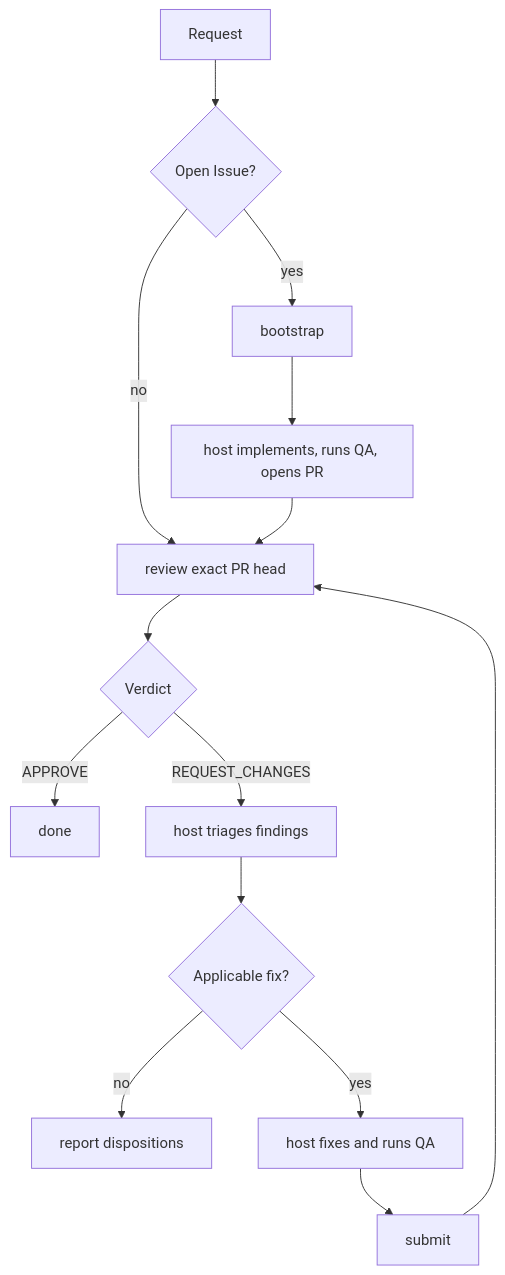
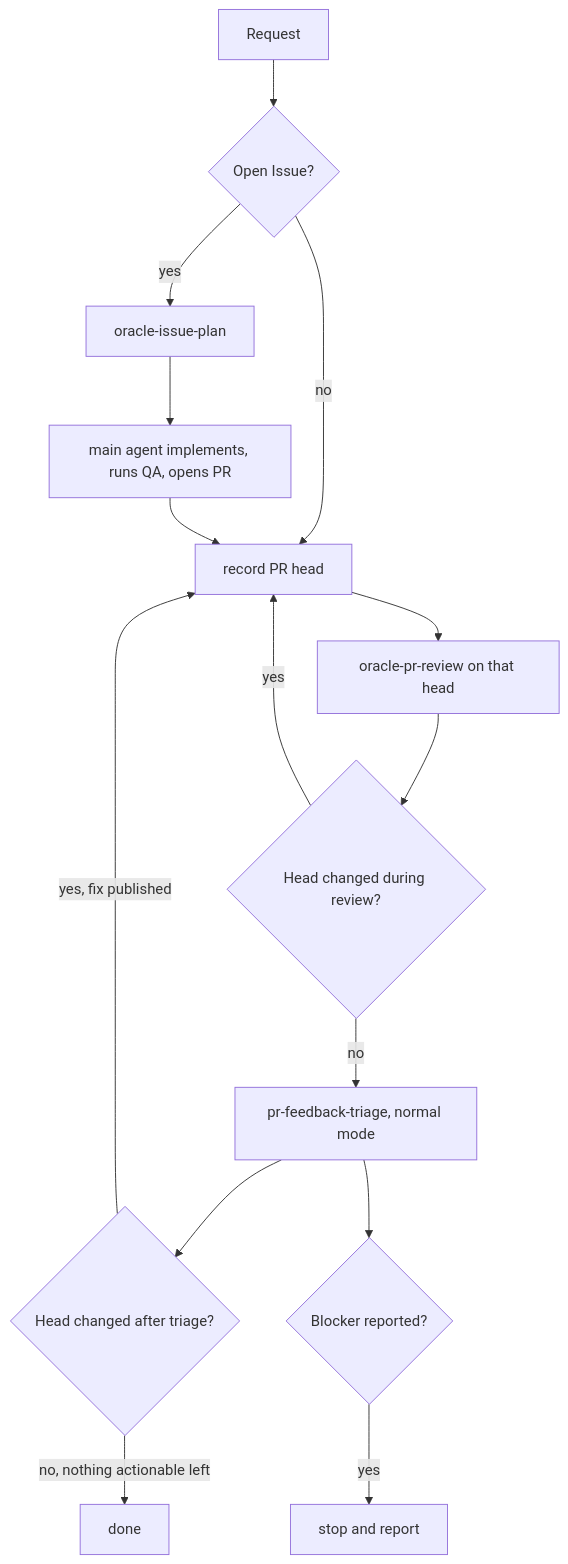
One commit to dceoy/oracle-pr-loop changed the diagram in skills/pr-review-loop/SKILL.md. Above: the diagram before and after it, drawn with Mermaid. The commit also changed other lines of this file and 42 other files, not shown here.

````diff
--- a/skills/pr-review-loop/SKILL.md
+++ b/skills/pr-review-loop/SKILL.md
@@ -55,13 +66,16 @@
 ```mermaid
 flowchart TD
   Request --> Issue{Open Issue?}
-  Issue -->|yes| Bootstrap[bootstrap] --> Implement[host implements, runs QA, opens PR]
-  Issue -->|no| Review[review exact PR head]
-  Implement --> Review
-  Review --> Verdict{Verdict}
-  Verdict -->|APPROVE| Done[done]
-  Verdict -->|REQUEST_CHANGES| Triage[host triages findings]
-  Triage --> Patch{Applicable fix?}
-  Patch -->|no| Stop[report dispositions]
-  Patch -->|yes| Fix[host fixes and runs QA] --> Submit[submit] --> Review
+  Issue -->|yes| Plan[oracle-issue-plan] --> Implement[main agent implements, runs QA, opens PR]
+  Issue -->|no| Head[record PR head]
+  Implement --> Head
+  Head --> Review[oracle-pr-review on that head]
+  Review --> HeadMoved{Head changed during review?}
+  HeadMoved -->|yes| Head
+  HeadMoved -->|no| Triage[pr-feedback-triage, normal mode]
+  Triage --> HeadAfter{Head changed after triage?}
+  HeadAfter -->|yes, fix published| Head
+  HeadAfter -->|no, nothing actionable left| Done[done]
+  Triage --> Blocker{Blocker reported?}
+  Blocker -->|yes| Stop[stop and report]
 ```
````
